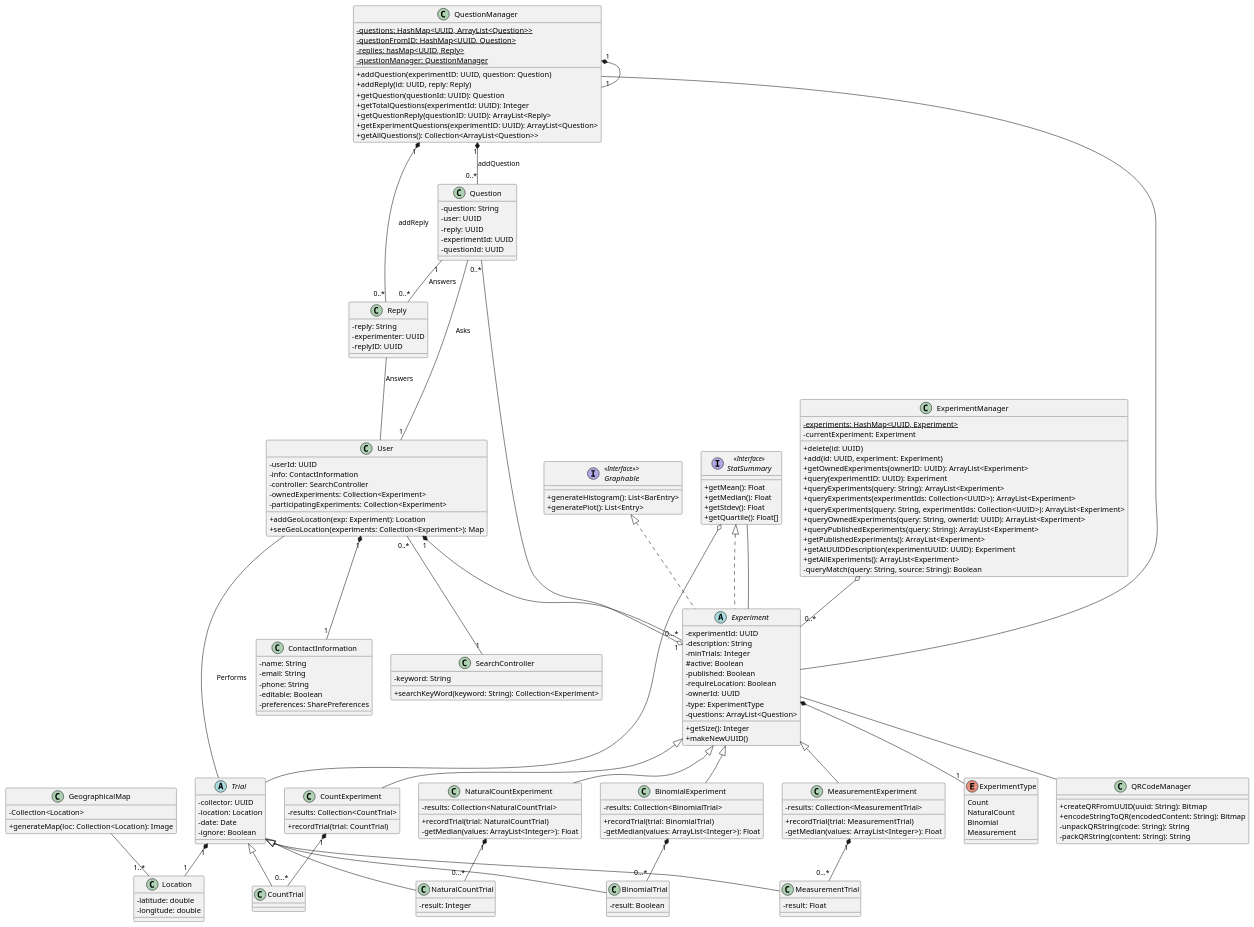
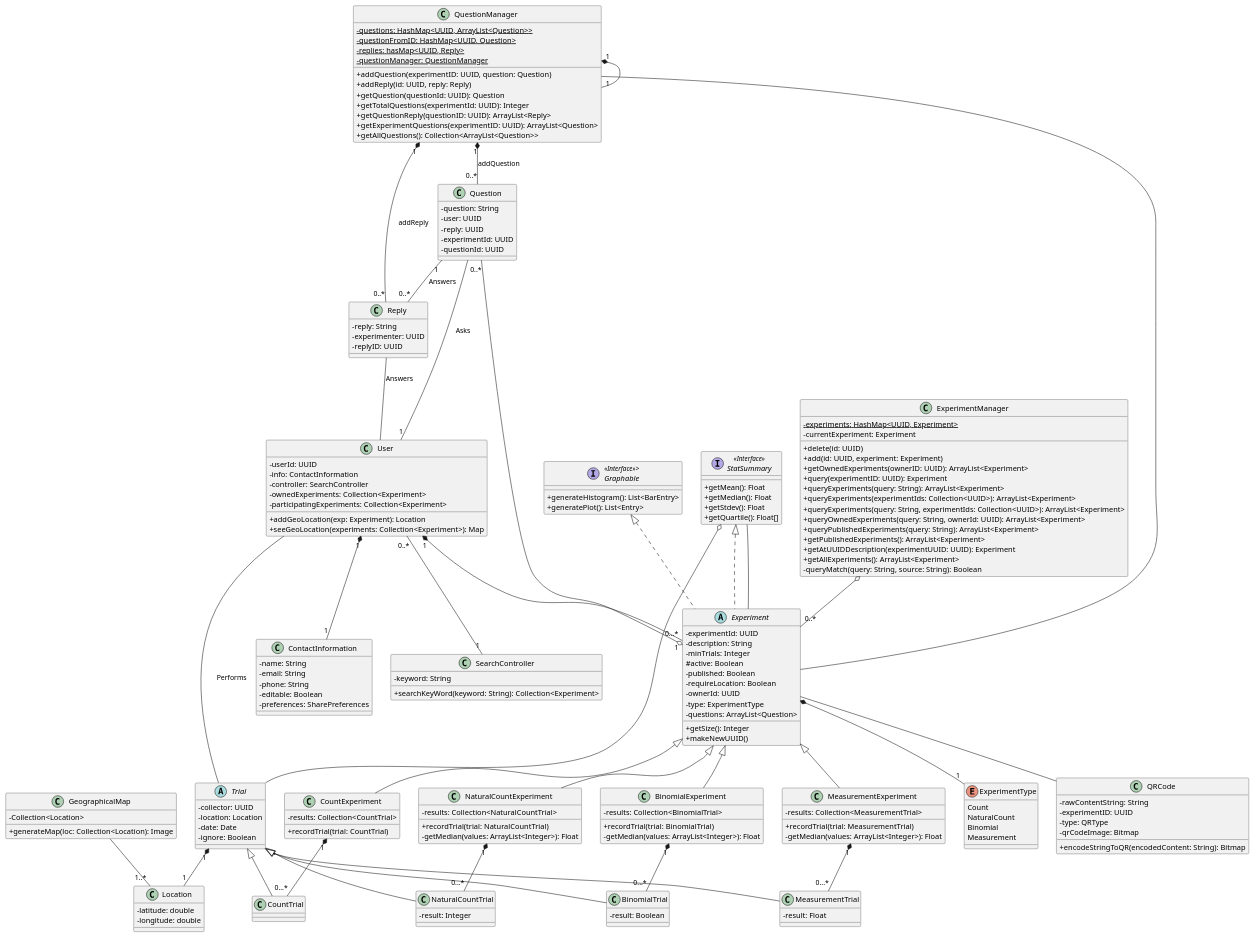
The diagram in doc/uml/uml.puml (CMPUT301W21T03/Experiment-Automata), drawn with PlantUML before and after one commit.

Commit message:
updated UML

```diff
--- a/doc/uml/uml.puml
+++ b/doc/uml/uml.puml
@@ -106,8 +106,8 @@
 }
 
 
-Experiment -- QRCodeManager
 
+Experiment -- QRCode
 
 
 class CountExperiment extends Experiment {
@@ -141,7 +141,7 @@
     +getQuartile(): Float[]
 }
 
-' each trial has a unique QRCodeManager associated with it
+' each trial has a unique QRCode associated with it
 abstract class Trial {
     ' just going to user User ID here
     -collector: UUID
@@ -168,13 +168,15 @@
     -result: Float
 }
 
+class QRCode {
+	- rawContentString: String
+	- experimentID: UUID
+	- type: QRType
+	- qrCodeImage: Bitmap
+	
+	+ encodeStringToQR(encodedContent: String): Bitmap
+}
 
-class QRCodeManager {
-    + createQRFromUUID(uuid: String): Bitmap
-    + encodeStringToQR(encodedContent: String): Bitmap
-    -unpackQRString(code: String): String
-    -packQRString(content: String): String
-}
 
 class Location {
   -latitude: double
```
